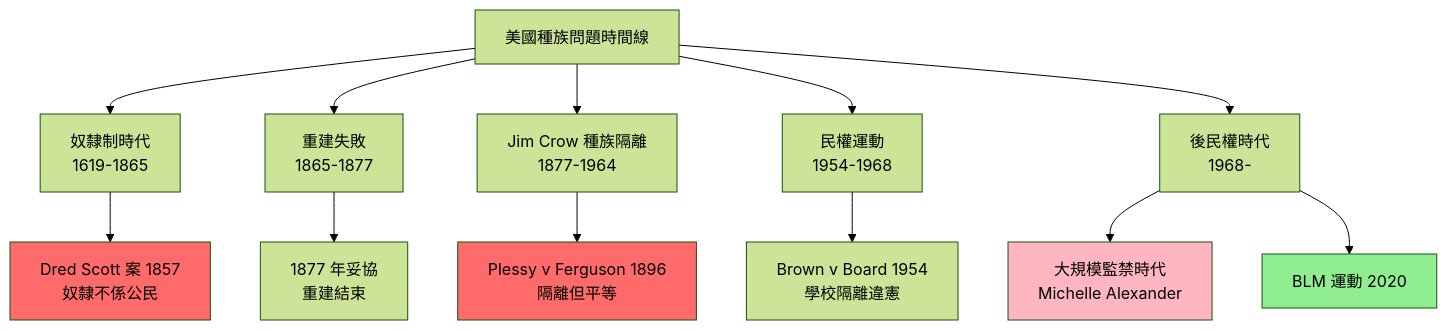
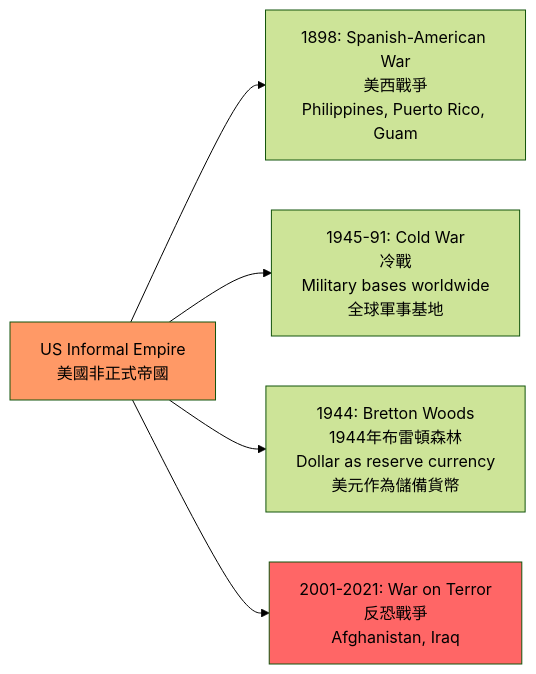
Before and after one commit to yip-lgtm/HKU-Harvard-History-Self-Study: the third of 5 diagrams in 01_HKU_Courses/HIST1025_Introduction_to_the_United_States.md, drawn with Mermaid (forest theme). The commit also changed other lines of this file and 25 other files, not shown here.

````diff
--- a/01_HKU_Courses/HIST1025_Introduction_to_the_United_States.md
+++ b/01_HKU_Courses/HIST1025_Introduction_to_the_United_States.md
@@ -140,18 +96,10 @@
 ```mermaid
-graph TD
-    A["美國種族問題時間線"] --> B["奴隸制時代<br/>1619-1865"]
-    A --> C["重建失敗<br/>1865-1877"]
-    A --> D["Jim Crow 種族隔離<br/>1877-1964"]
-    A --> E["民權運動<br/>1954-1968"]
-    A --> F["後民權時代<br/>1968-"]
-    B --> G["Dred Scott 案 1857<br/>奴隸不係公民"]
-    C --> H["1877 年妥協<br/>重建結束"]
-    D --> I["Plessy v Ferguson 1896<br/>隔離但平等"]
-    E --> J["Brown v Board 1954<br/>學校隔離違憲"]
-    F --> K["大規模監禁時代<br/>Michelle Alexander"]
-    F --> L["BLM 運動 2020"]
-    style G fill:#FF6B6B
-    style I fill:#FF6B6B
-    style K fill:#FFB6C1
-    style L fill:#90EE90
+graph LR
+    A[US Informal Empire<br/>美國非正式帝國] --> B[1898: Spanish-American War<br/>美西戰爭<br/>Philippines, Puerto Rico, Guam]
+    A --> C[1945-91: Cold War<br/>冷戰<br/>Military bases worldwide<br/>全球軍事基地]
+    A --> D[1944: Bretton Woods<br/>1944年布雷頓森林<br/>Dollar as reserve currency<br/>美元作為儲備貨幣]
+    A --> E[2001-2021: War on Terror<br/>反恐戰爭<br/>Afghanistan, Iraq]
+    
+    style A fill:#f96
+    style E fill:#f66
 ```
````
